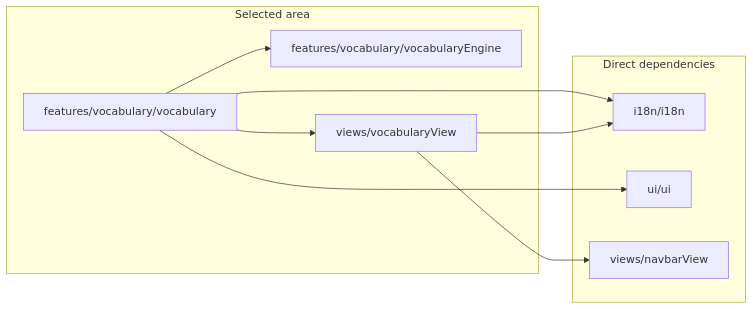
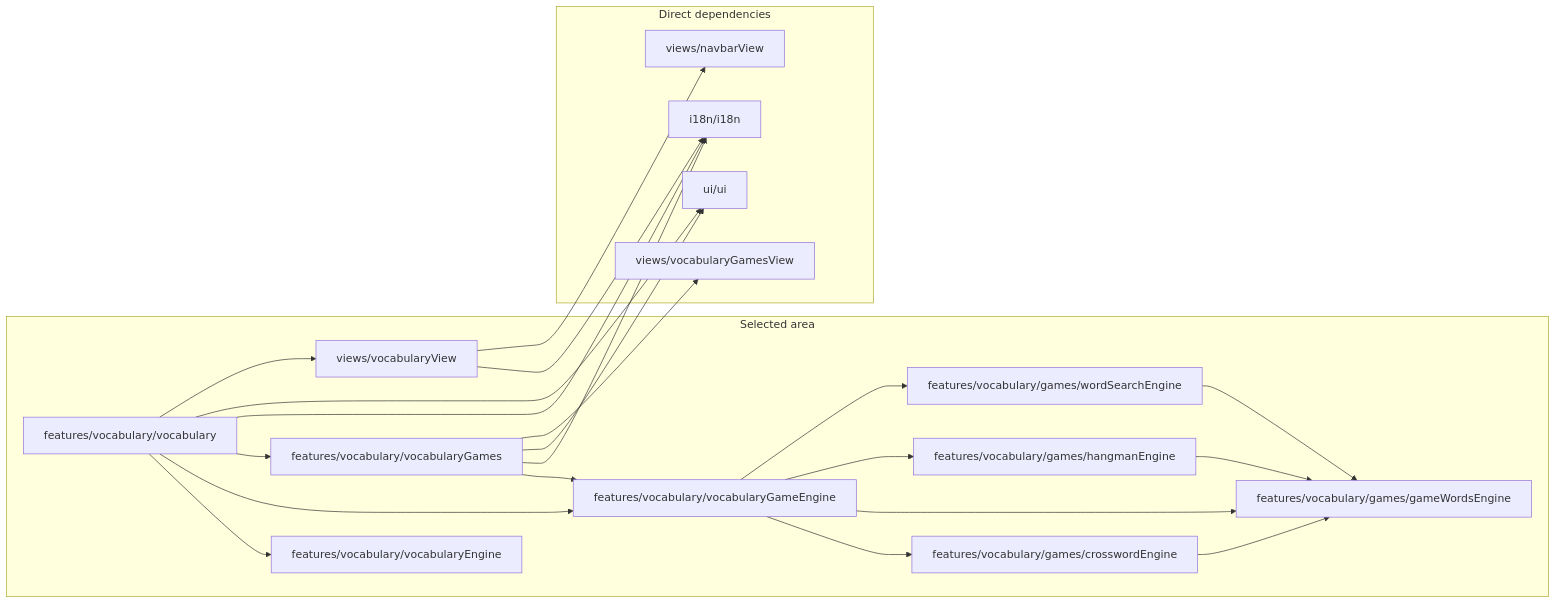
One commit to temsahak-rgb/Dino-5monde changed the tenth of 11 diagrams in docs/dependency-graph.md. Above: the diagram before and after it, drawn with Mermaid. The commit also changed other lines of this file and 18 other files, not shown here.

Commit message:
feat: vocabulary mini-games

````diff
--- a/docs/dependency-graph.md
+++ b/docs/dependency-graph.md
@@ -289,19 +289,39 @@
 ```mermaid
 flowchart LR
     subgraph S["Selected area"]
-        M0["features/vocabulary/vocabulary"]
-        M1["features/vocabulary/vocabularyEngine"]
-        M2["views/vocabularyView"]
+        M0["features/vocabulary/games/crosswordEngine"]
+        M1["features/vocabulary/games/gameWordsEngine"]
+        M2["features/vocabulary/games/hangmanEngine"]
+        M3["features/vocabulary/games/wordSearchEngine"]
+        M4["features/vocabulary/vocabulary"]
+        M5["features/vocabulary/vocabularyEngine"]
+        M6["features/vocabulary/vocabularyGameEngine"]
+        M7["features/vocabulary/vocabularyGames"]
+        M8["views/vocabularyView"]
     end
     subgraph D["Direct dependencies"]
-        M3["i18n/i18n"]
-        M4["ui/ui"]
-        M5["views/navbarView"]
+        M9["i18n/i18n"]
+        M10["ui/ui"]
+        M11["views/navbarView"]
+        M12["views/vocabularyGamesView"]
     end
     M0 --> M1
-    M0 --> M3
-    M0 --> M4
-    M0 --> M2
-    M2 --> M3
-    M2 --> M5
+    M2 --> M1
+    M3 --> M1
+    M4 --> M5
+    M4 --> M6
+    M4 --> M7
+    M4 --> M9
+    M4 --> M10
+    M4 --> M8
+    M6 --> M0
+    M6 --> M1
+    M6 --> M2
+    M6 --> M3
+    M7 --> M6
+    M7 --> M9
+    M7 --> M10
+    M7 --> M12
+    M8 --> M9
+    M8 --> M11
 ```
````
